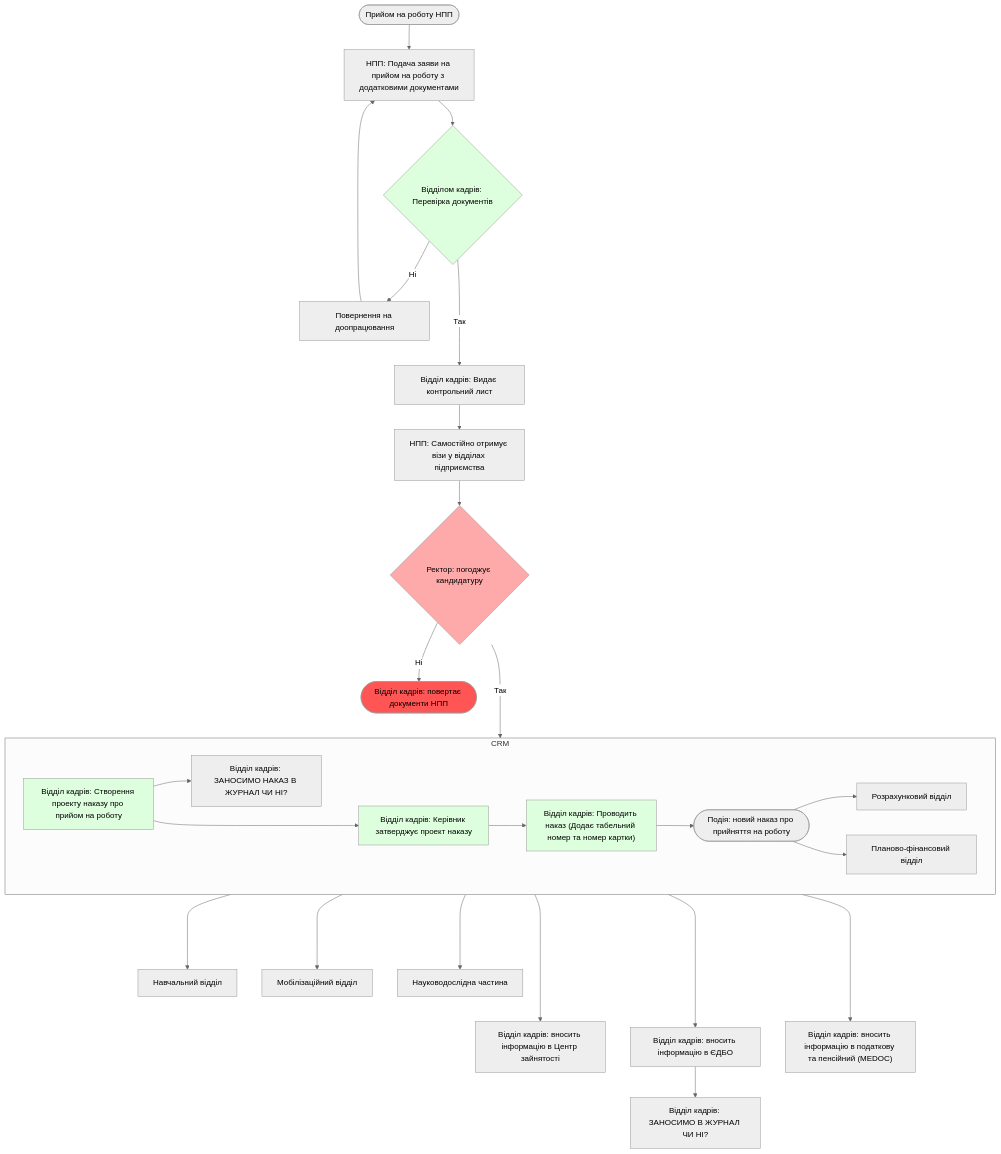
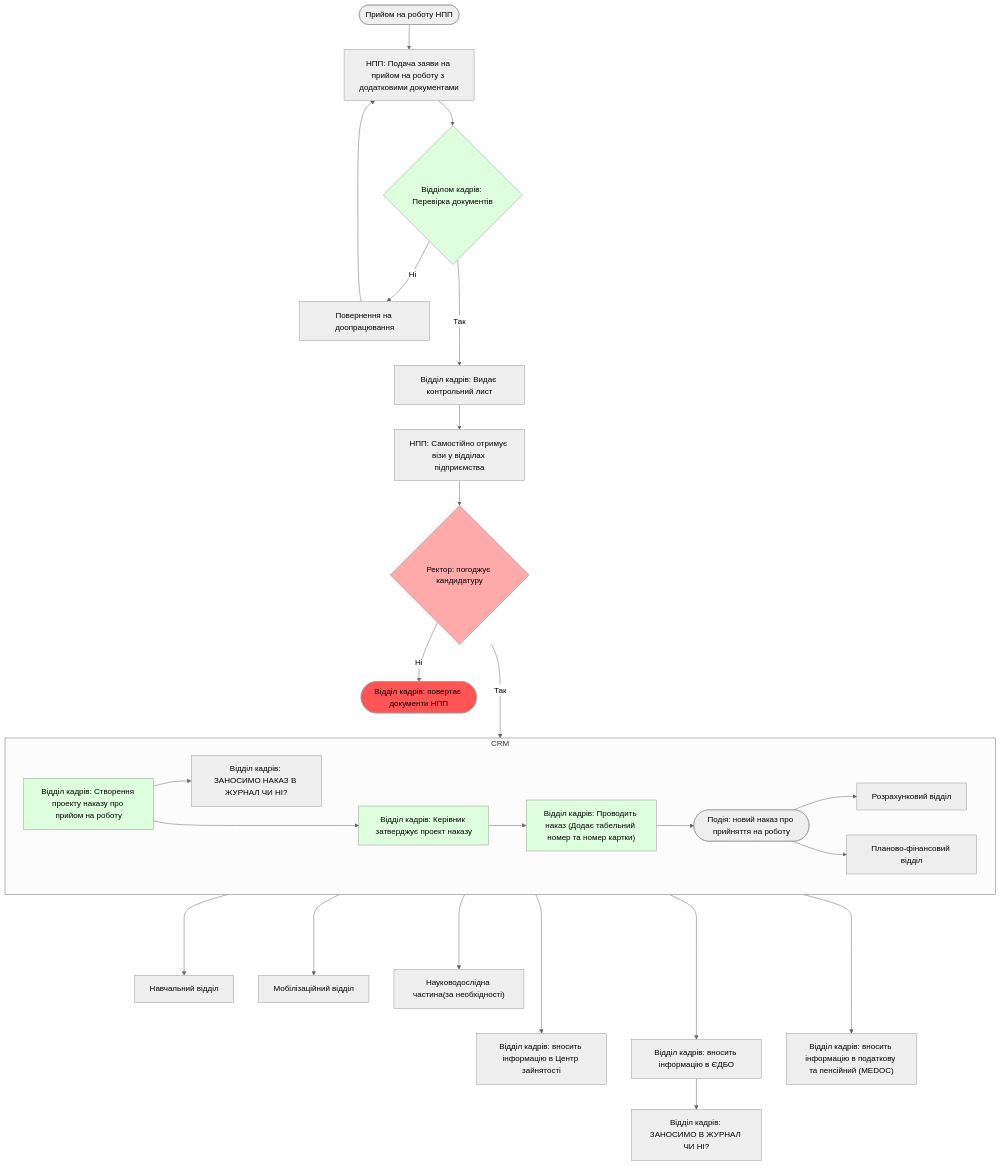
One commit to lisnayk/hr-workflows changed the first of 2 diagrams in processes/onboarding/npp.md. Above: the diagram before and after it, drawn with Mermaid (neutral theme). The commit also changed other lines of this file, not shown here.

````diff
--- a/processes/onboarding/npp.md
+++ b/processes/onboarding/npp.md
@@ -26,38 +28,38 @@
 ```mermaid
 flowchart TB
     TITLE(["Прийом на роботу НПП"])
     TITLE --> APPLICATION["НПП: Подача заяви на прийом на роботу з додатковими документами"]
     APPLICATION --> R1{"Відділом кадрів: Перевірка документів"}
     R1 -- " Ні " --> NOT_VALID["Повернення на доопрацювання"]
     R1 -- " Так " ---> CHECK_LIST["Відділ кадрів: Видає контрольний лист"]
     NOT_VALID --> APPLICATION
     CHECK_LIST --> SIGNS["НПП: Самостійно отримує візи у відділах підприємства"]
     SIGNS --> R2{"Ректор: погоджує кандидатуру"}
     subgraph "CRM"
         direction LR
         APPROVE["Відділ кадрів: Створення проекту наказу про прийом на роботу"]
         APPROVE --> REPORT["Відділ кадрів: ЗАНОСИМО НАКАЗ В ЖУРНАЛ ЧИ НІ?"]
         APPROVE ---> HEAD_APPROVE["Відділ кадрів: Керівник затверджує проект наказу"]
         HEAD_APPROVE --> PROVODKA["Відділ кадрів: Проводить наказ (Додає табельний номер та номер картки)"]
         PROVODKA --> EVENT_CREATED(["Подія: новий наказ про прийняття на роботу"])
         EVENT_CREATED --> V1["Розрахунковий відділ"]
         EVENT_CREATED --> V2["Планово-фінансовий відділ"]
     end
     R2 -- " Ні " --> REJECT(["Відділ кадрів: повертає документи НПП"])
     R2 -- " Так " ---> CRM
 
 
     PROVODKA ----> V3["Навчальний відділ"]
     PROVODKA ----> V4["Мобілізаційний відділ"]
-    PROVODKA ----> V5["Науководослідна частина"]
+    PROVODKA ----> V5["Науководослідна частина(за необхідності)"]
     PROVODKA -----> EXT0["Відділ кадрів: вносить інформацію в Центр зайнятості"]
     PROVODKA -----> EXT1["Відділ кадрів: вносить інформацію в ЄДБО"]
     PROVODKA -----> EXT2["Відділ кадрів: вносить інформацію в податкову та пенсійний (MEDOC)"]
     EXT1 --> REPORT2["Відділ кадрів: ЗАНОСИМО В ЖУРНАЛ ЧИ НІ?"]
     style REJECT fill: #f55
     style R1 fill: #dfd
     style PROVODKA fill: #dfd
     style HEAD_APPROVE fill: #dfd
     style APPROVE fill: #dfd
     style R2 fill: #faa
 ```
````
